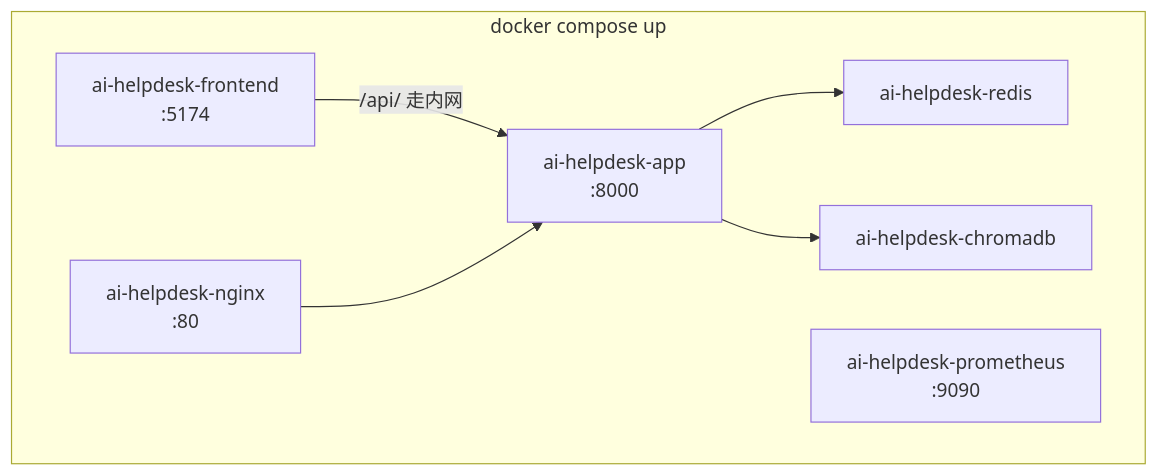
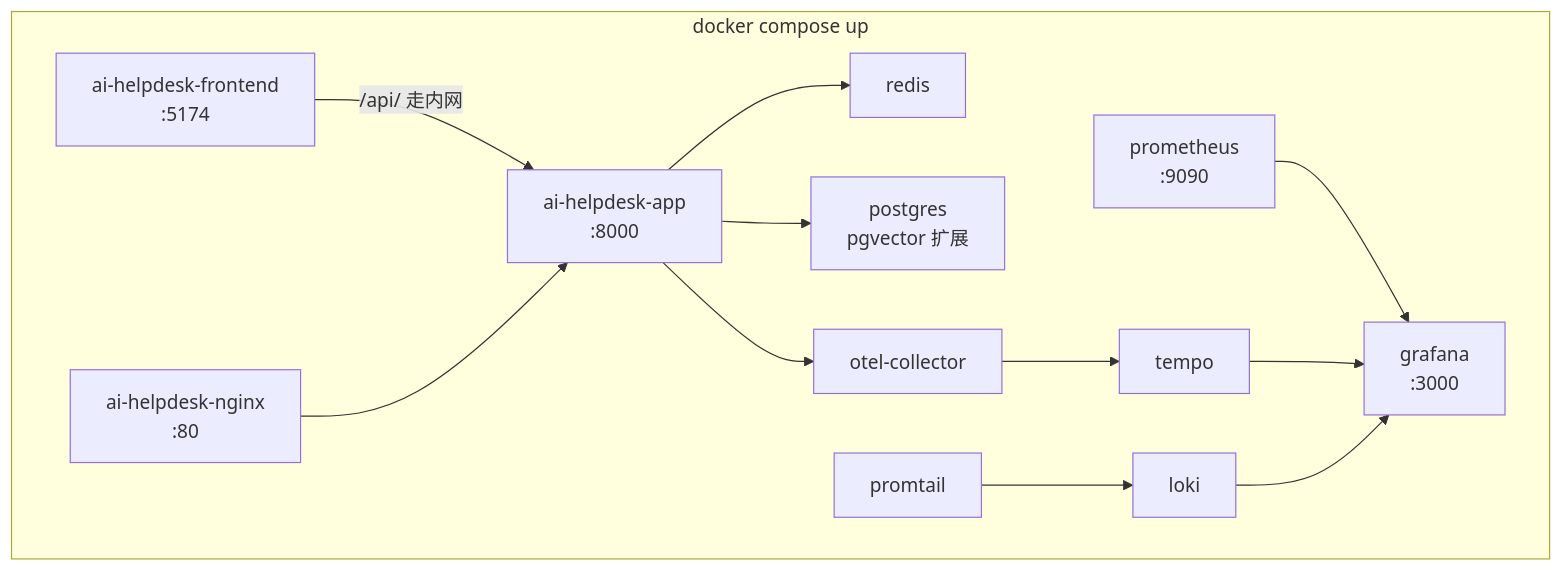
The sixth of 6 diagrams in backend/wiki/架构图.md (heyemlee/ai-helpdesk), drawn with Mermaid before and after one commit. The commit also changed other lines of this file and 9 other files, not shown here.

First line of the commit message:
docs: refresh README and architecture diagrams after hardening

````diff
--- a/backend/wiki/架构图.md
+++ b/backend/wiki/架构图.md
@@ -133,15 +143,23 @@
 ```mermaid
 flowchart TD
     subgraph compose[docker compose up]
         FE[ai-helpdesk-frontend<br/>:5174]
         APP[ai-helpdesk-app<br/>:8000]
         NG[ai-helpdesk-nginx<br/>:80]
-        R[ai-helpdesk-redis]
-        C[ai-helpdesk-chromadb]
-        P[ai-helpdesk-prometheus<br/>:9090]
+        R[redis]
+        PG[postgres<br/>pgvector 扩展]
+        P[prometheus<br/>:9090]
+        OC[otel-collector]
+        TP[tempo]
+        LK[loki]
+        PT[promtail]
+        GF[grafana<br/>:3000]
     end
     FE -->|/api/ 走内网| APP
     NG --> APP
     APP --> R
-    APP --> C
+    APP --> PG
+    APP --> OC --> TP
+    PT --> LK
+    P & TP & LK --> GF
 ```
````
